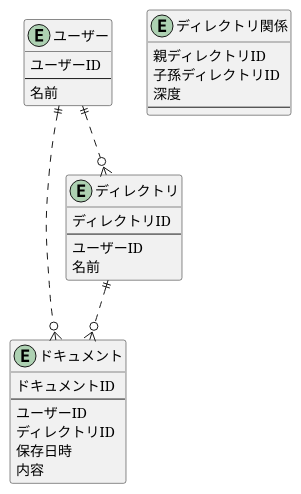
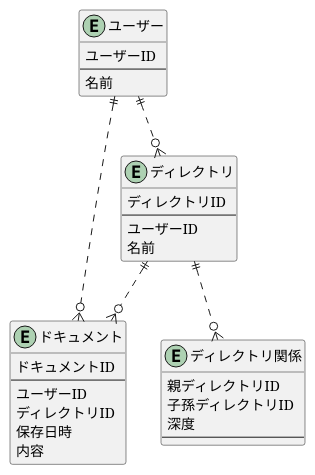
The diagram in database_design/db_modeling3/document.pu (kyainuma/praha_challenge), drawn with PlantUML before and after one commit.

Commit message:
fix:課題3修正

```diff
--- a/database_design/db_modeling3/document.pu
+++ b/database_design/db_modeling3/document.pu
@@ -1,42 +1,43 @@
 @startuml
 
 entity ユーザー {
   ユーザーID
   --
   名前
 }
 
 entity ドキュメント {
   ドキュメントID
   --
   ユーザーID
   ディレクトリID
   保存日時
   内容
 }
 
 ' 閉包テーブル
 ' メリット:要素の関係を別テーブルに持っているため構造を柔軟に変更することができる
 ' デメリット:直近の祖先、子孫の取得が複雑になる。テーブルスペースが増える、更新行が多くなるなどDBのリソース消費が大きい。
 ' https://qiita.com/ymstshinichiro/items/b1825719c4fb274446cc
 ' https://bbh.bz/2020/07/18/tree-structure-in-rdb/
 
 entity ディレクトリ {
   ディレクトリID
   --
   ユーザーID
   名前
 }
 
 entity ディレクトリ関係 {
   親ディレクトリID
   子孫ディレクトリID
   深度
   --
 }
 
 ユーザー ||..o{ ドキュメント
 ユーザー ||..o{ ディレクトリ
 ディレクトリ ||..o{ ドキュメント
+ディレクトリ ||..o{ ディレクトリ関係
 
 @enduml
```
